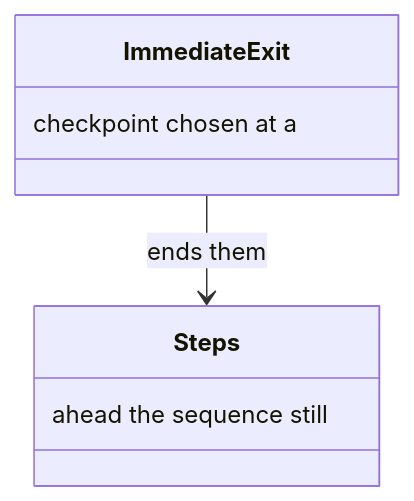
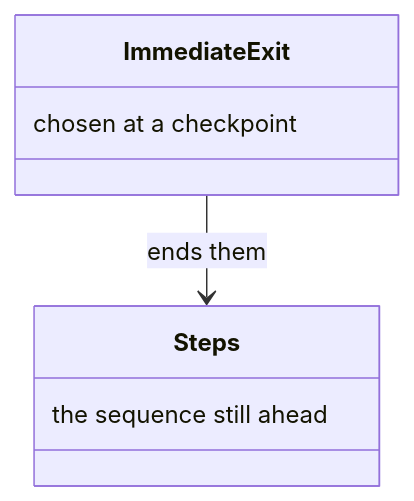
Before and after one commit to m2ux/workflow-server: diagram 24 of 36 in docs/state.md, drawn with Mermaid. The commit also changed other lines of this file and 10 other files, not shown here.

Commit message:
Write each class-box note in reading order so the diagram shows the phrase as written.

````diff
--- a/docs/state.md
+++ b/docs/state.md
@@ -430,10 +430,10 @@
 ```mermaid
 classDiagram
   class ImmediateExit {
-    checkpoint chosen at a
+    chosen at a checkpoint
   }
   class Steps {
-    ahead the sequence still
+    the sequence still ahead
   }
   ImmediateExit --> Steps : ends them
 ```
````
